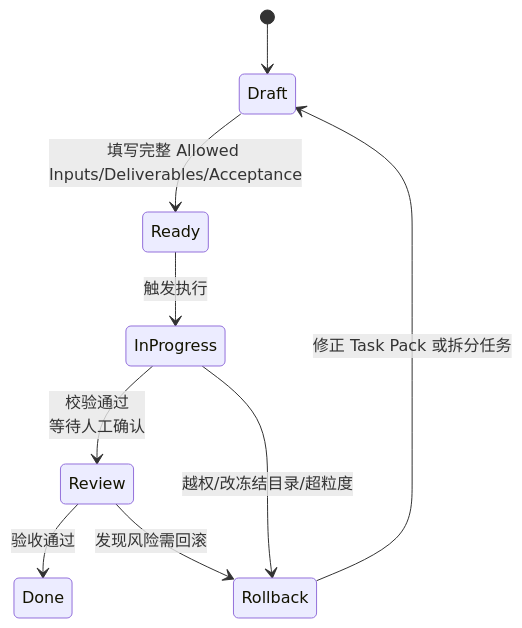
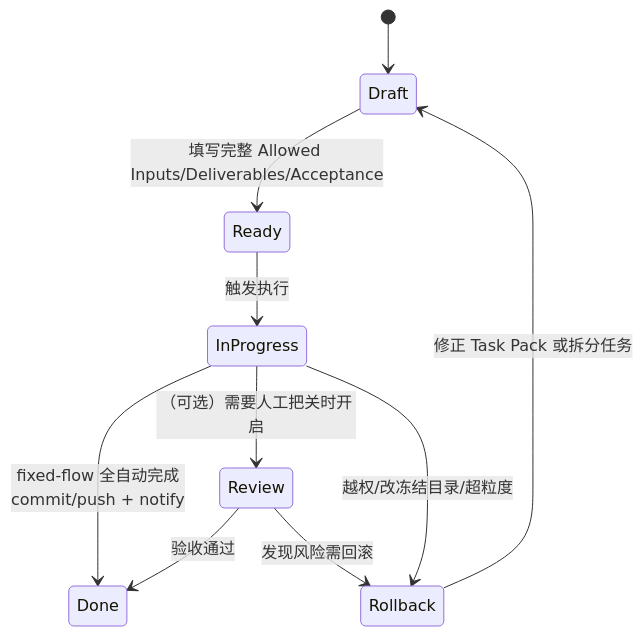
One commit to angelash/Footnote changed the fourth of 4 diagrams in docs/02_specs/pipelines/n8n_cursor_cli_overview.md. Above: the diagram before and after it, drawn with Mermaid. The commit also changed other lines of this file and 8 other files, not shown here.

Commit message:
docs(pipelines): align documentation with fixed flow updates, including status query and workflow enhancements

````diff
--- a/docs/02_specs/pipelines/n8n_cursor_cli_overview.md
+++ b/docs/02_specs/pipelines/n8n_cursor_cli_overview.md
@@ -152,11 +156,12 @@
 ```mermaid
 stateDiagram-v2
   [*] --> Draft
   Draft --> Ready: 填写完整 Allowed Inputs/Deliverables/Acceptance
   Ready --> InProgress: 触发执行
-  InProgress --> Review: 校验通过<br/>等待人工确认
+  InProgress --> Done: fixed-flow 全自动完成<br/>commit/push + notify
+  InProgress --> Review: （可选）需要人工把关时开启
   Review --> Done: 验收通过
   InProgress --> Rollback: 越权/改冻结目录/超粒度
   Review --> Rollback: 发现风险需回滚
   Rollback --> Draft: 修正 Task Pack 或拆分任务
 ```
````
